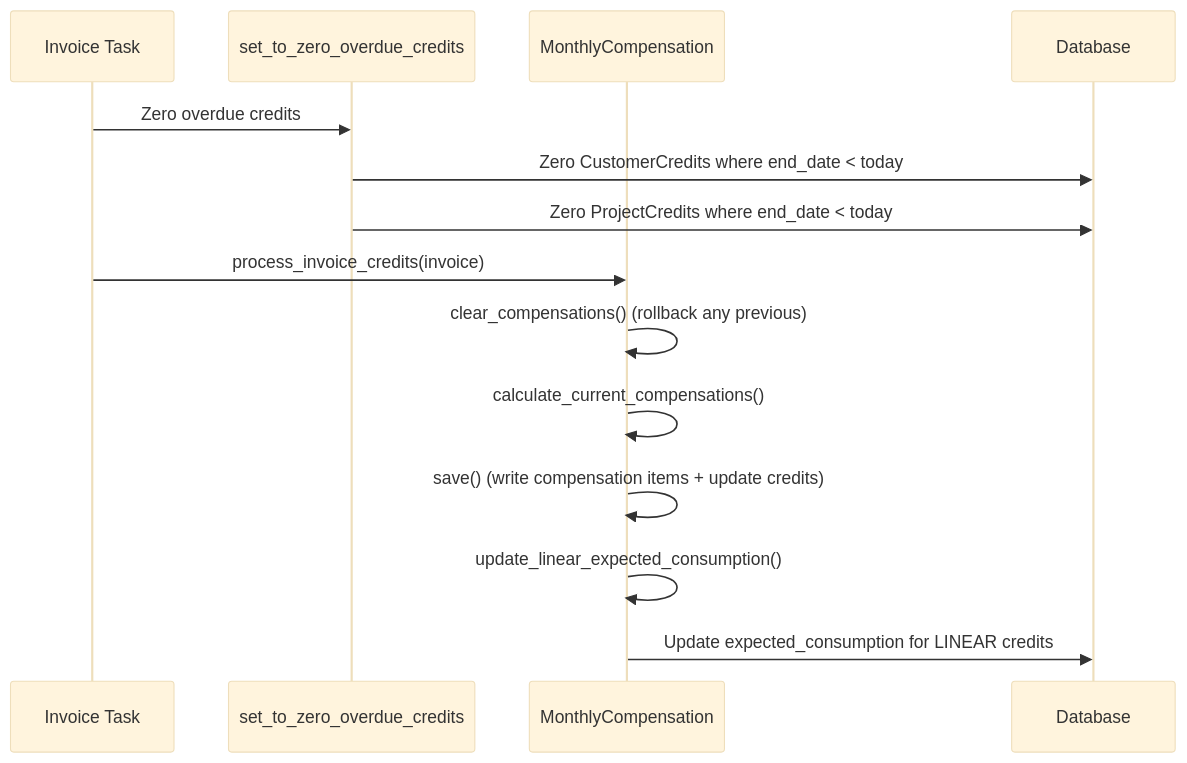
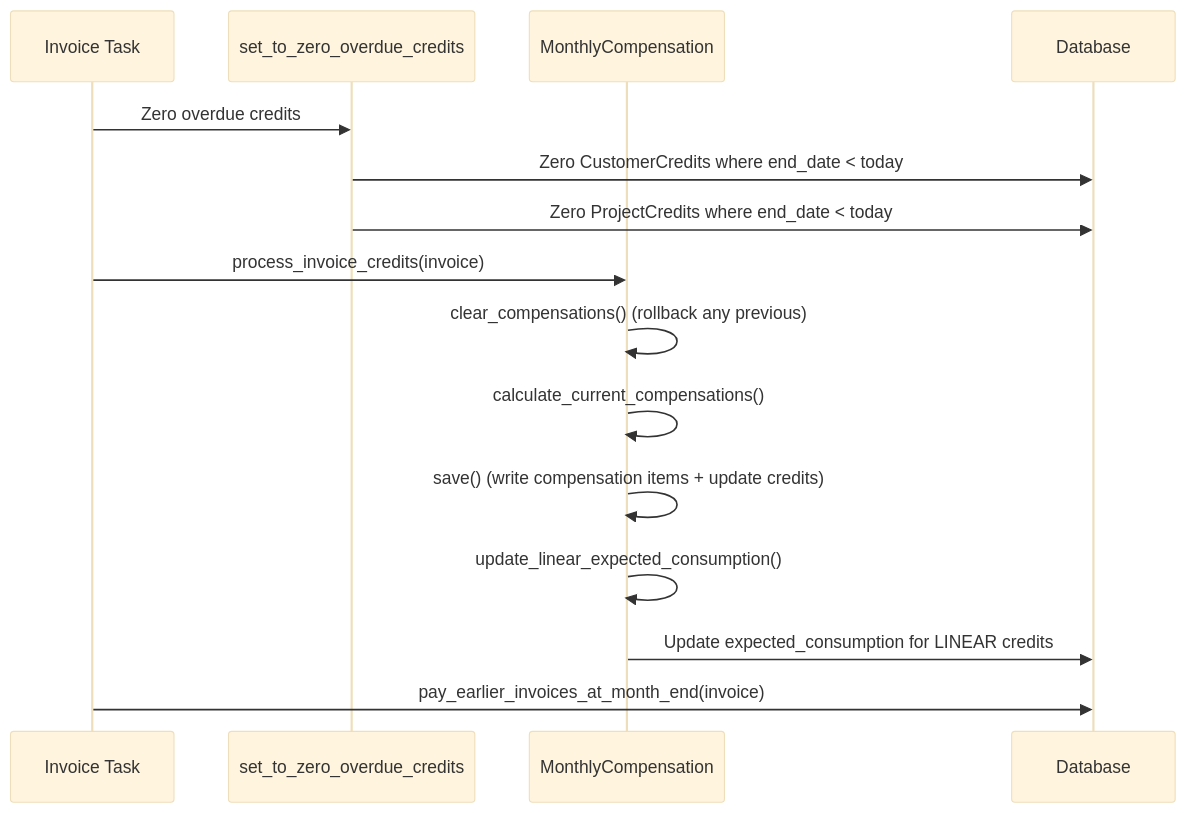
Before and after one commit to waldur/waldur-docs: the fourth of 8 diagrams in docs/developer-guide/guides/billing-and-invoicing.md, drawn with Mermaid (base theme). The commit also changed other lines of this file and 51 other files, not shown here.

````diff
--- a/docs/developer-guide/guides/billing-and-invoicing.md
+++ b/docs/developer-guide/guides/billing-and-invoicing.md
@@ -167,18 +169,20 @@
 ```mermaid
 sequenceDiagram
     participant T as Invoice Task
     participant S as set_to_zero_overdue_credits
     participant MC as MonthlyCompensation
     participant DB as Database
 
     T->>S: Zero overdue credits
     S->>DB: Zero CustomerCredits where end_date < today
     S->>DB: Zero ProjectCredits where end_date < today
 
     T->>MC: process_invoice_credits(invoice)
     MC->>MC: clear_compensations() (rollback any previous)
     MC->>MC: calculate_current_compensations()
     MC->>MC: save() (write compensation items + update credits)
     MC->>MC: update_linear_expected_consumption()
     MC->>DB: Update expected_consumption for LINEAR credits
+
+    T->>DB: pay_earlier_invoices_at_month_end(invoice)
 ```
````
